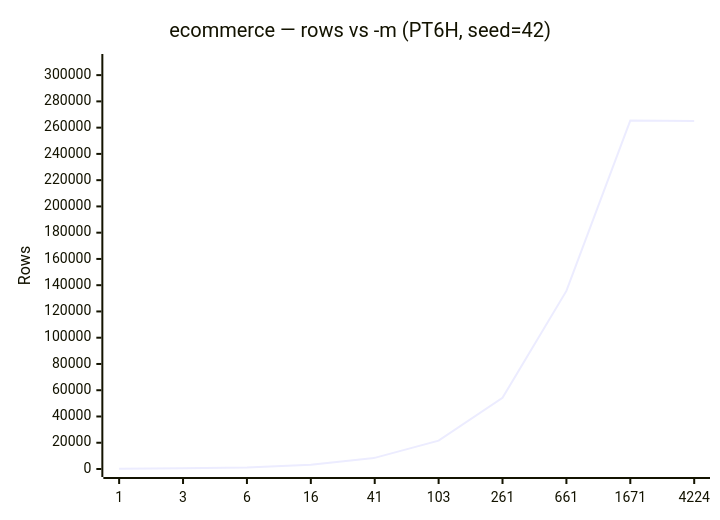
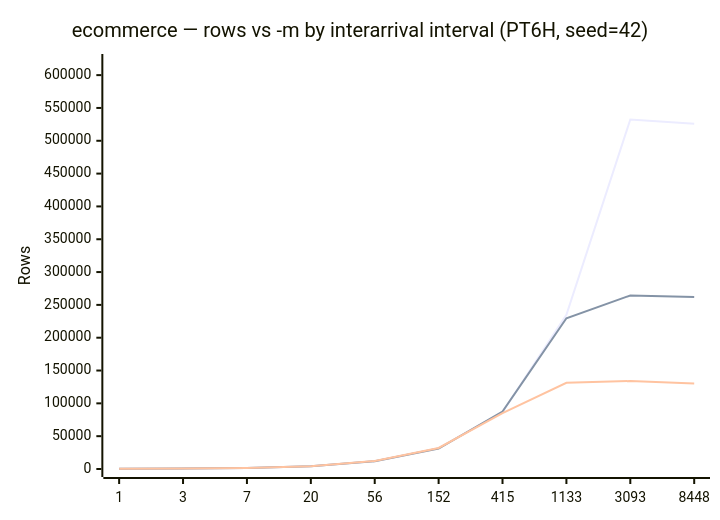
Before and after one commit to implydata/imply-eventgenerator: the fifth of 5 diagrams in docs/presets/ecommerce.md, drawn with Mermaid. The commit also changed other lines of this file and 10 other files, not shown here.

````diff
--- a/docs/presets/ecommerce.md
+++ b/docs/presets/ecommerce.md
@@ -206,7 +208,9 @@
 ```mermaid
 xychart-beta
-    title "ecommerce — rows vs -m (PT6H, seed=42)"
-    x-axis [1, 3, 6, 16, 41, 103, 261, 661, 1671, 4224]
-    y-axis "Rows" 0 --> 310000
-    line [198, 628, 1235, 3265, 8492, 21558, 54232, 135637, 265407, 265029]
+    title "ecommerce — rows vs -m by interarrival interval (PT6H, seed=42)"
+    x-axis [1, 3, 7, 20, 56, 152, 415, 1133, 3093, 8448]
+    y-axis "Rows" 0 --> 620000
+    line [197, 601, 1458, 4285, 11708, 31825, 86819, 234991, 532345, 525774]
+    line [198, 628, 1392, 4056, 11923, 31217, 87414, 229624, 264361, 262022]
+    line [198, 641, 1565, 4072, 12312, 32013, 85211, 131340, 134027, 130399]
 ```
````
